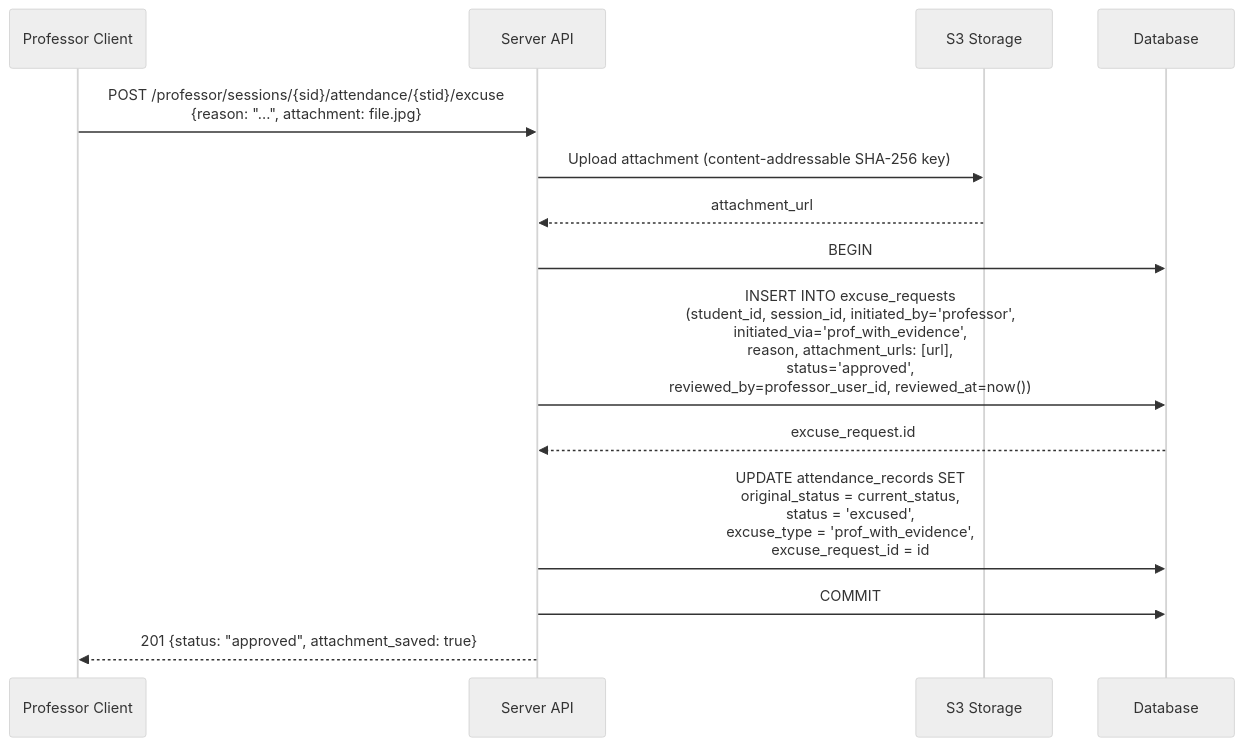
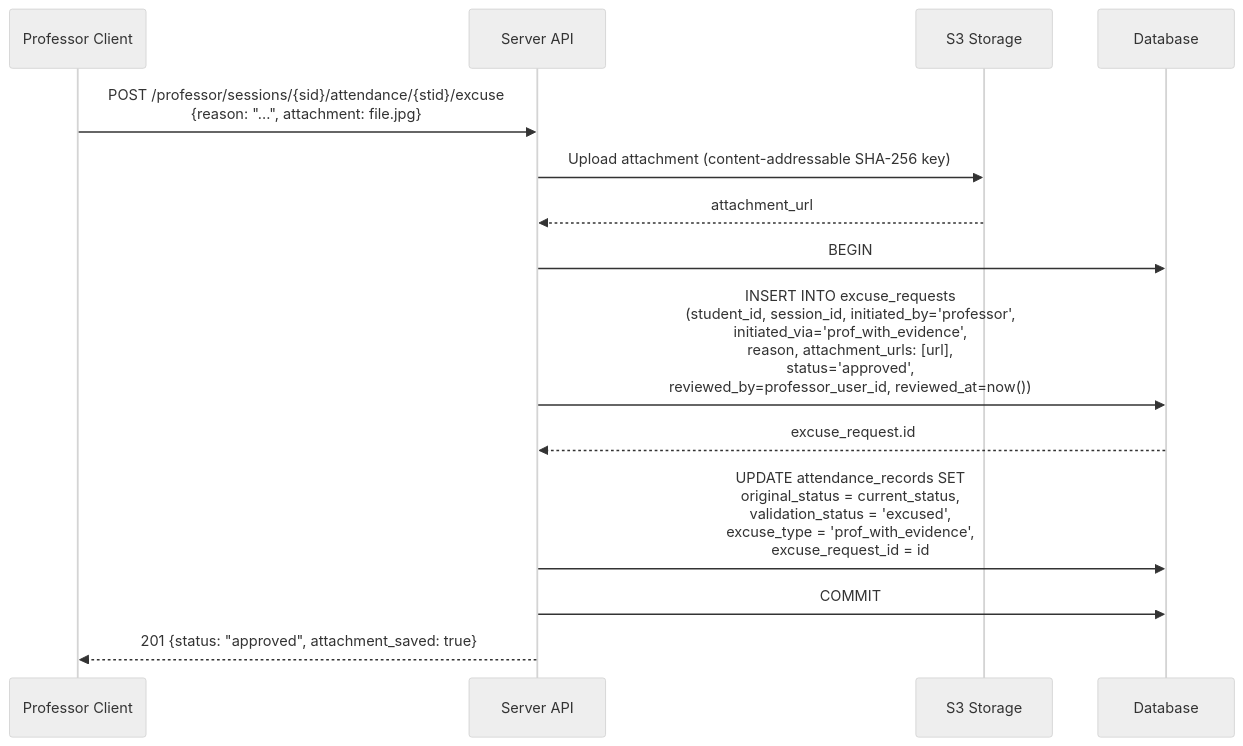
Before and after one commit to dhenji/qr_based_attendance_system: the fourth of 7 diagrams in docs/architecture/data-flow.md, drawn with Mermaid (neutral theme). The commit also changed other lines of this file and 47 other files, not shown here.

````diff
--- a/docs/architecture/data-flow.md
+++ b/docs/architecture/data-flow.md
@@ -137,19 +143,19 @@
 ```mermaid
 sequenceDiagram
     participant P as Professor Client
     participant API as Server API
     participant S3 as S3 Storage
     participant DB as Database
 
     P->>API: POST /professor/sessions/{sid}/attendance/{stid}/excuse<br>{reason: "...", attachment: file.jpg}
     API->>S3: Upload attachment (content-addressable SHA-256 key)
     S3-->>API: attachment_url
 
     API->>DB: BEGIN
     API->>DB: INSERT INTO excuse_requests<br>(student_id, session_id, initiated_by='professor',<br>initiated_via='prof_with_evidence',<br>reason, attachment_urls: [url],<br>status='approved',<br>reviewed_by=professor_user_id, reviewed_at=now())
     DB-->>API: excuse_request.id
-    API->>DB: UPDATE attendance_records SET<br>original_status = current_status,<br>status = 'excused',<br>excuse_type = 'prof_with_evidence',<br>excuse_request_id = id
+    API->>DB: UPDATE attendance_records SET<br>original_status = current_status,<br>validation_status = 'excused',<br>excuse_type = 'prof_with_evidence',<br>excuse_request_id = id
     API->>DB: COMMIT
 
     API-->>P: 201 {status: "approved", attachment_saved: true}
 ```
````
